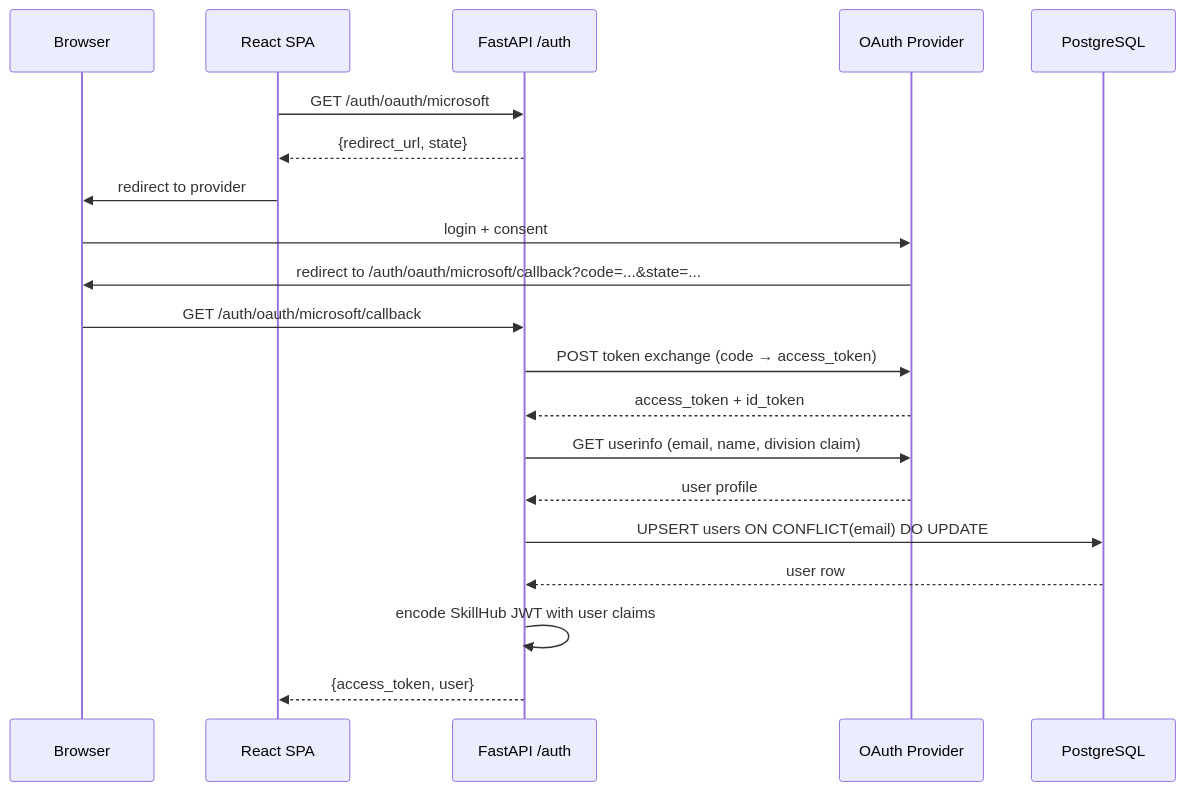
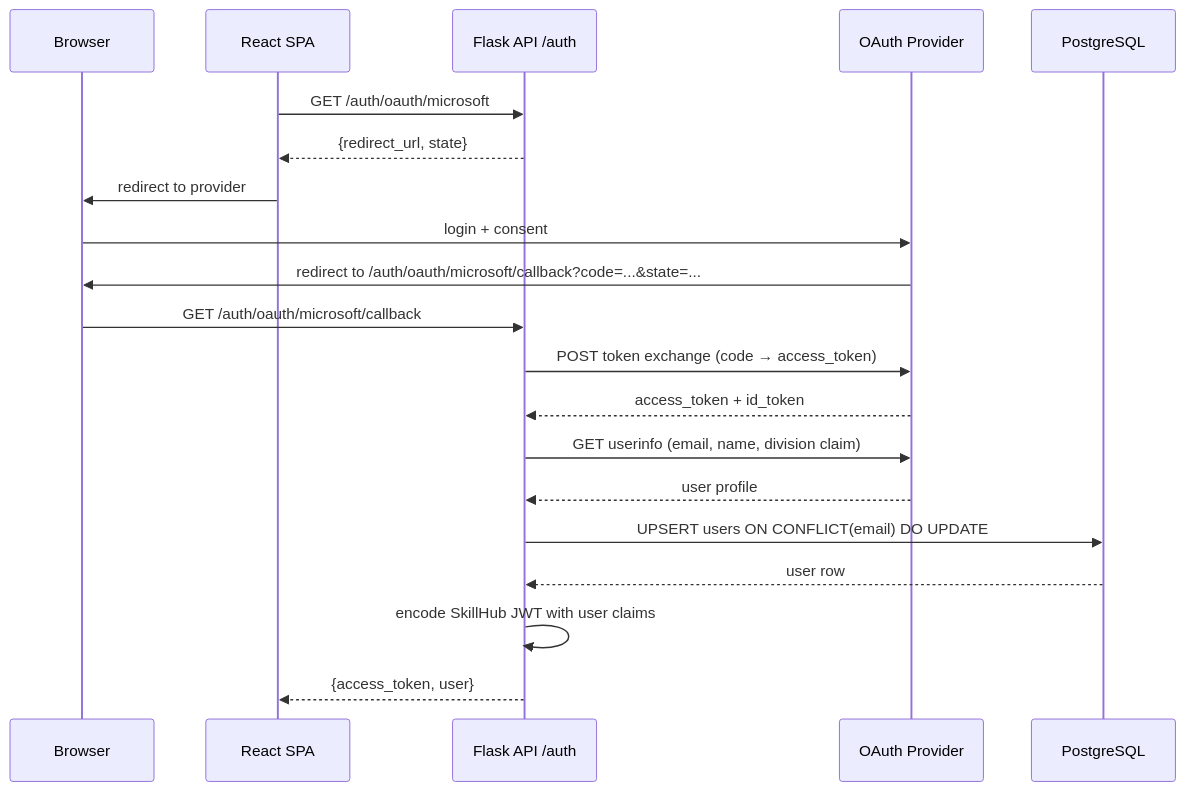
The tenth of 14 diagrams in skillhub-diagrams.md (chaseoneillrnd/marketplace-ai), drawn with Mermaid before and after one commit. The commit also changed other lines of this file and 100 other files, not shown here.

First line of the commit message:
Remove dead FastAPI code and update all references to Flask/APIFlask

````diff
--- a/skillhub-diagrams.md
+++ b/skillhub-diagrams.md
@@ -345,23 +345,23 @@
 ```mermaid
 sequenceDiagram
     participant Browser as Browser
     participant SPA as React SPA
-    participant API as FastAPI /auth
+    participant API as Flask API /auth
     participant Provider as OAuth Provider
     participant DB as PostgreSQL
 
     SPA->>API: GET /auth/oauth/microsoft
     API-->>SPA: {redirect_url, state}
     SPA->>Browser: redirect to provider
     Browser->>Provider: login + consent
     Provider->>Browser: redirect to /auth/oauth/microsoft/callback?code=...&state=...
     Browser->>API: GET /auth/oauth/microsoft/callback
     API->>Provider: POST token exchange (code → access_token)
     Provider-->>API: access_token + id_token
     API->>Provider: GET userinfo (email, name, division claim)
     Provider-->>API: user profile
     API->>DB: UPSERT users ON CONFLICT(email) DO UPDATE
     DB-->>API: user row
     API->>API: encode SkillHub JWT with user claims
     API-->>SPA: {access_token, user}
 ```
````
